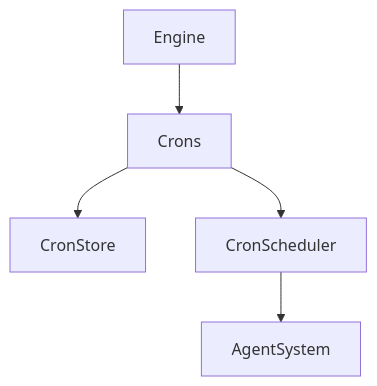
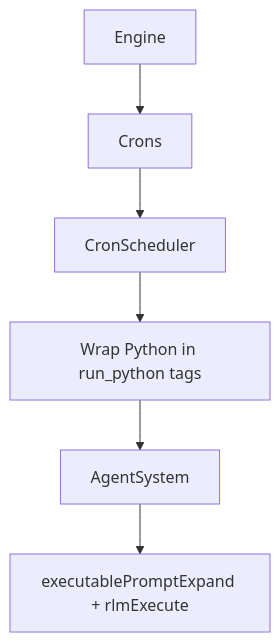
The diagram in doc/concepts/cron.md (ex3ndr/daycare), drawn with Mermaid before and after one commit. The commit also changed other lines of this file and 11 other files, not shown here.

First line of the commit message:
feat(heartbeat,cron): switch to Python-only code for task prompts

````diff
--- a/doc/concepts/cron.md
+++ b/doc/concepts/cron.md
@@ -44,7 +40,8 @@
 ```mermaid
 flowchart TD
   Engine --> Crons
-  Crons --> Store[CronStore]
   Crons --> Scheduler[CronScheduler]
-  Scheduler --> AgentSystem
+  Scheduler --> Wrap[Wrap Python in run_python tags]
+  Wrap --> AgentSystem
+  AgentSystem --> RLM[executablePromptExpand + rlmExecute]
 ```
````
